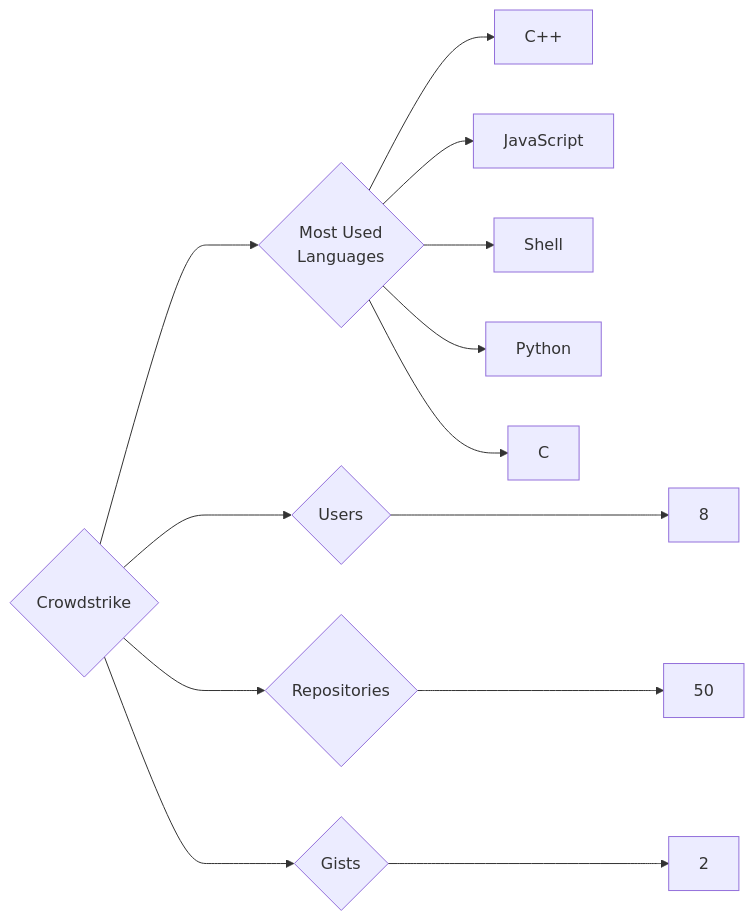
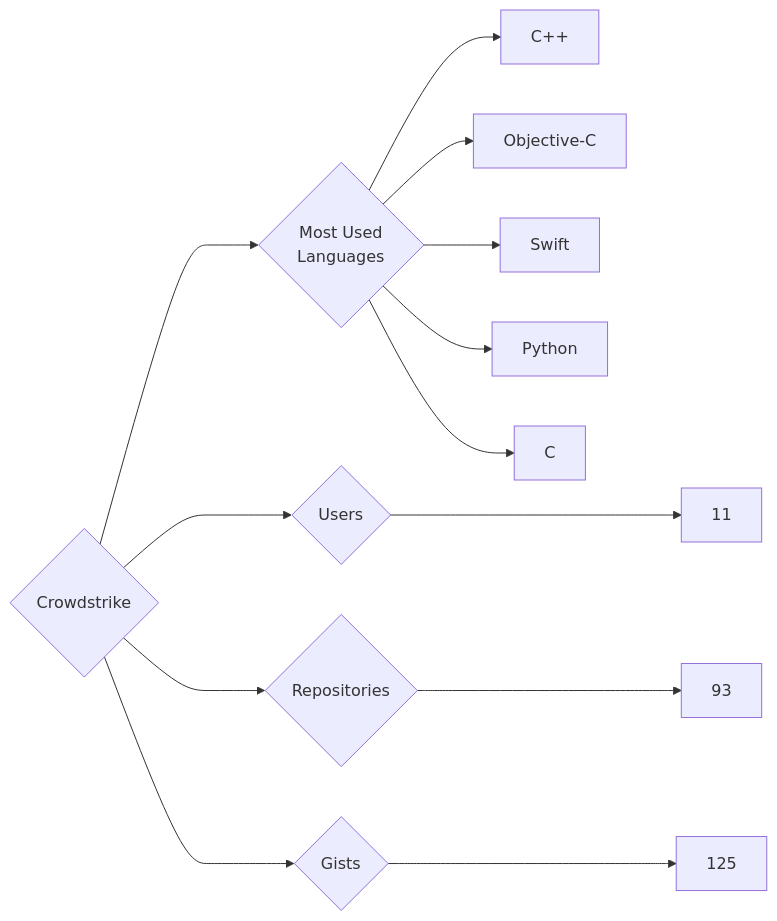
Before and after one commit to trickest/insiders: the diagram in targets/Crowdstrike/README.md, drawn with Mermaid. The commit also changed 880 other files, not shown here.

````diff
--- a/targets/Crowdstrike/README.md
+++ b/targets/Crowdstrike/README.md
@@ -3,13 +3,13 @@
 ```mermaid
 graph LR
 COMPANY_NAME{Crowdstrike}
-COMPANY_NAME ---> U{Users} ---> UN[8]
-COMPANY_NAME ---> R{Repositories} ---> RN[50]
-COMPANY_NAME ---> G{Gists} ---> GN[2]
+COMPANY_NAME ---> U{Users} ---> UN[11]
+COMPANY_NAME ---> R{Repositories} ---> RN[93]
+COMPANY_NAME ---> G{Gists} ---> GN[125]
 COMPANY_NAME ---> ML{Most Used<br>Languages}
 ML --> C++[C++]
-ML --> JavaScript[JavaScript]
-ML --> Shell[Shell]
+ML --> Objective-C[Objective-C]
+ML --> Swift[Swift]
 ML --> Python[Python]
 ML --> C[C]
 ```
````
